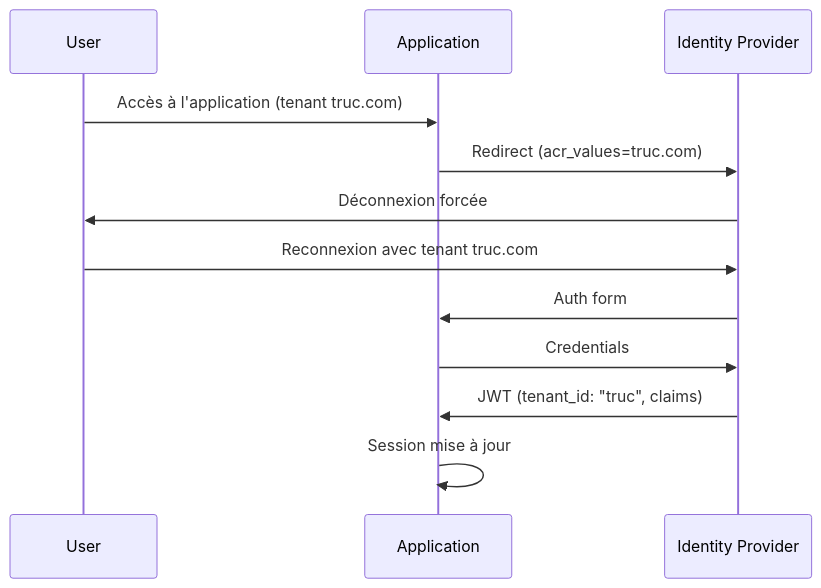
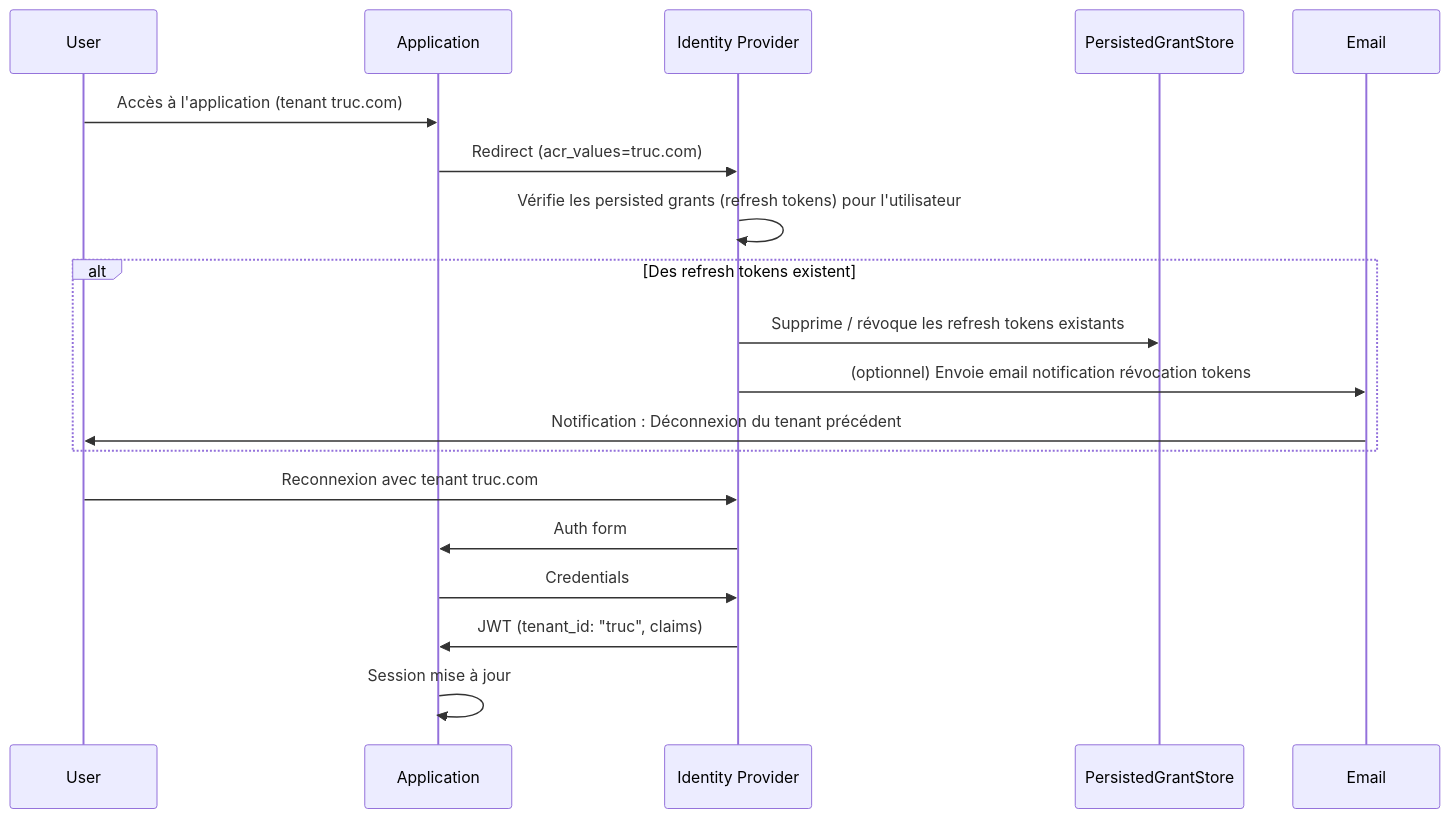
One commit to FantasticJoho/johodp changed diagram 11 of 16 in docs/identity-flows-mermaid.md. Above: the diagram before and after it, drawn with Mermaid. The commit also changed other lines of this file and 1 other file, not shown here.

Commit message:
feat: Add email confirmation steps for account activation and password reset flows in identity diagrams

````diff
--- a/docs/identity-flows-mermaid.md
+++ b/docs/identity-flows-mermaid.md
@@ -183,15 +205,19 @@
 ```mermaid
 sequenceDiagram
     participant User
     participant App as Application
     participant IdP as Identity Provider
-
     User->>App: Accès à l'application (tenant truc.com)
     App->>IdP: Redirect (acr_values=truc.com)
-    IdP->>User: Déconnexion forcée
+    IdP->>IdP: Vérifie les persisted grants (refresh tokens) pour l'utilisateur
+    alt Des refresh tokens existent
+        IdP->>PersistedGrantStore: Supprime / révoque les refresh tokens existants
+        IdP->>Email: (optionnel) Envoie email notification révocation tokens
+        Email->>User: Notification : Déconnexion du tenant précédent
+    end
     User->>IdP: Reconnexion avec tenant truc.com
     IdP->>App: Auth form
     App->>IdP: Credentials
     IdP->>App: JWT (tenant_id: "truc", claims)
     App->>App: Session mise à jour
 ```
````
